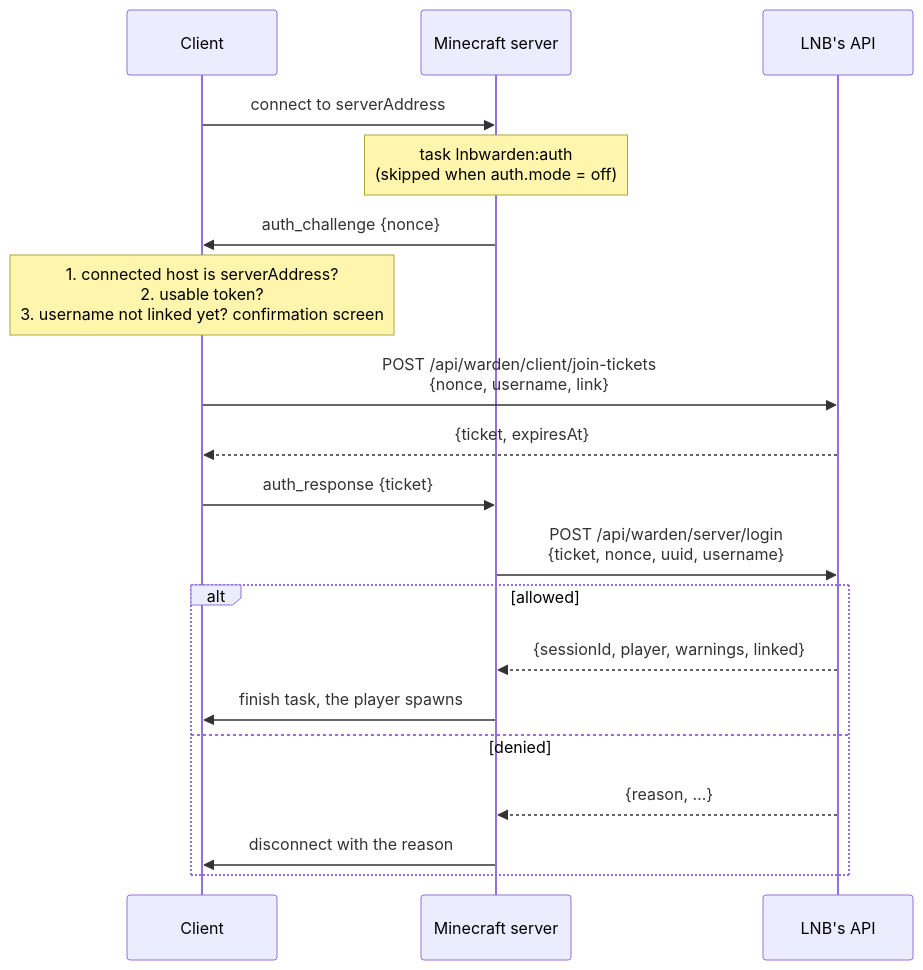
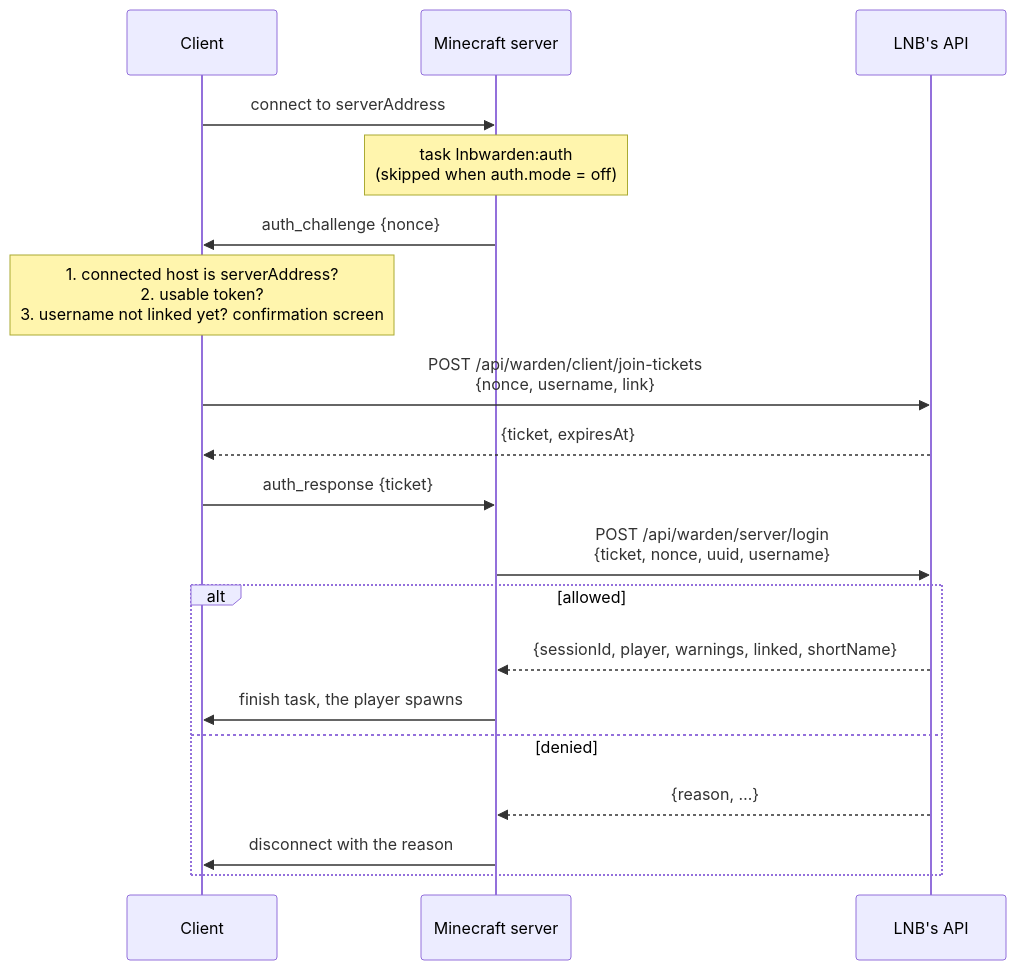
The second of 2 diagrams in docs/authentication.md (Charles-Mahoudeau/lnb-warden), drawn with Mermaid before and after one commit. The commit also changed other lines of this file and 16 other files, not shown here.

````diff
--- a/docs/authentication.md
+++ b/docs/authentication.md
@@ -156,21 +156,21 @@
 ```mermaid
 sequenceDiagram
     participant C as Client
     participant S as Minecraft server
     participant A as LNB's API
     C->>S: connect to serverAddress
     Note over S: task lnbwarden:auth<br/>(skipped when auth.mode = off)
     S->>C: auth_challenge {nonce}
     Note over C: 1. connected host is serverAddress?<br/>2. usable token?<br/>3. username not linked yet? confirmation screen
     C->>A: POST /api/warden/client/join-tickets<br/>{nonce, username, link}
     A-->>C: {ticket, expiresAt}
     C->>S: auth_response {ticket}
     S->>A: POST /api/warden/server/login<br/>{ticket, nonce, uuid, username}
     alt allowed
-        A-->>S: {sessionId, player, warnings, linked}
+        A-->>S: {sessionId, player, warnings, linked, shortName}
         S->>C: finish task, the player spawns
     else denied
         A-->>S: {reason, …}
         S->>C: disconnect with the reason
     end
 ```
````
